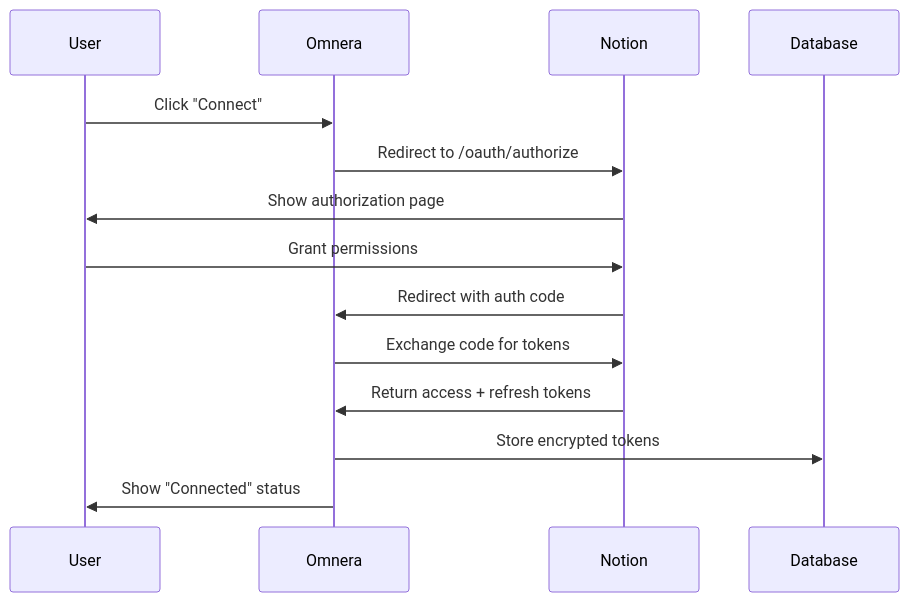
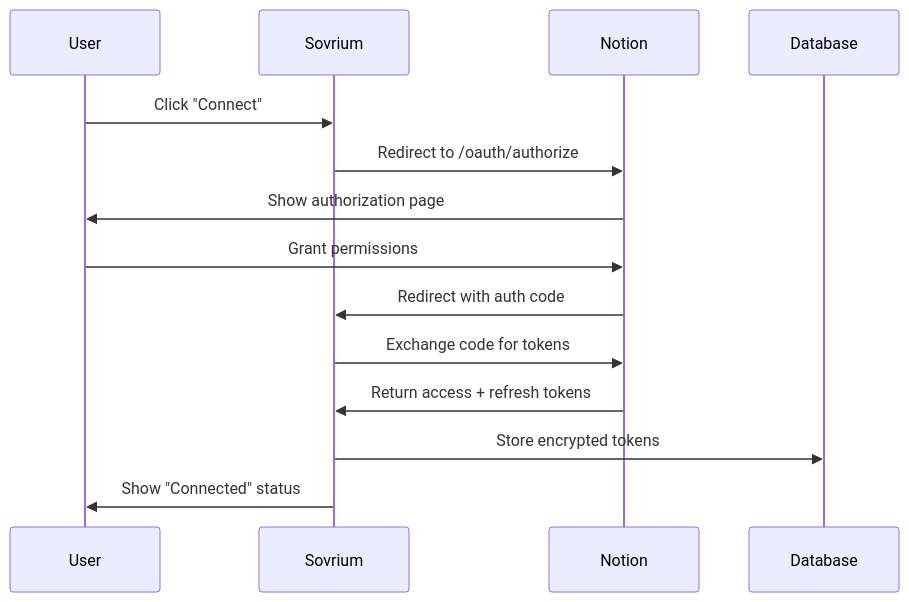
Before and after one commit to omnera-dev/omnera-v2: the diagram in specs/app/connections/notion-connection/README.md, drawn with Mermaid. The commit also changed other lines of this file and 218 other files, not shown here.

````diff
--- a/specs/app/connections/notion-connection/README.md
+++ b/specs/app/connections/notion-connection/README.md
@@ -70,12 +70,12 @@
 ```mermaid
 sequenceDiagram
-    User->>Omnera: Click "Connect"
-    Omnera->>Notion: Redirect to /oauth/authorize
+    User->>Sovrium: Click "Connect"
+    Sovrium->>Notion: Redirect to /oauth/authorize
     Notion->>User: Show authorization page
     User->>Notion: Grant permissions
-    Notion->>Omnera: Redirect with auth code
-    Omnera->>Notion: Exchange code for tokens
-    Notion->>Omnera: Return access + refresh tokens
-    Omnera->>Database: Store encrypted tokens
-    Omnera->>User: Show "Connected" status
+    Notion->>Sovrium: Redirect with auth code
+    Sovrium->>Notion: Exchange code for tokens
+    Notion->>Sovrium: Return access + refresh tokens
+    Sovrium->>Database: Store encrypted tokens
+    Sovrium->>User: Show "Connected" status
 ```
````
